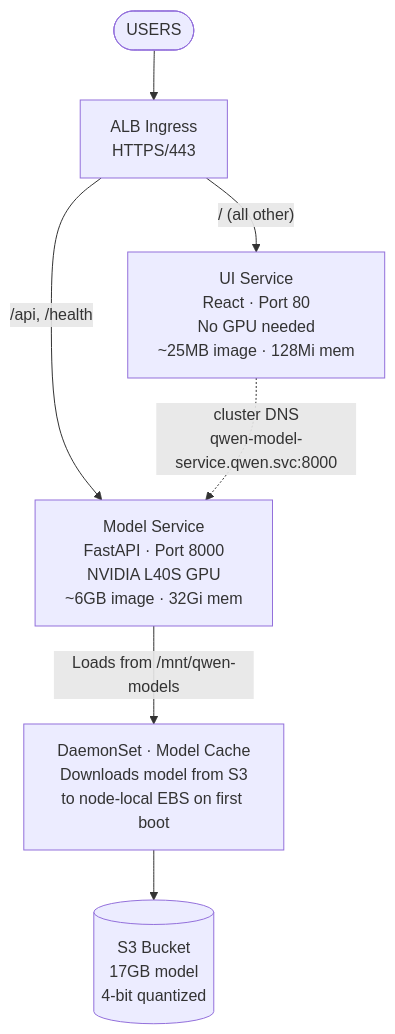
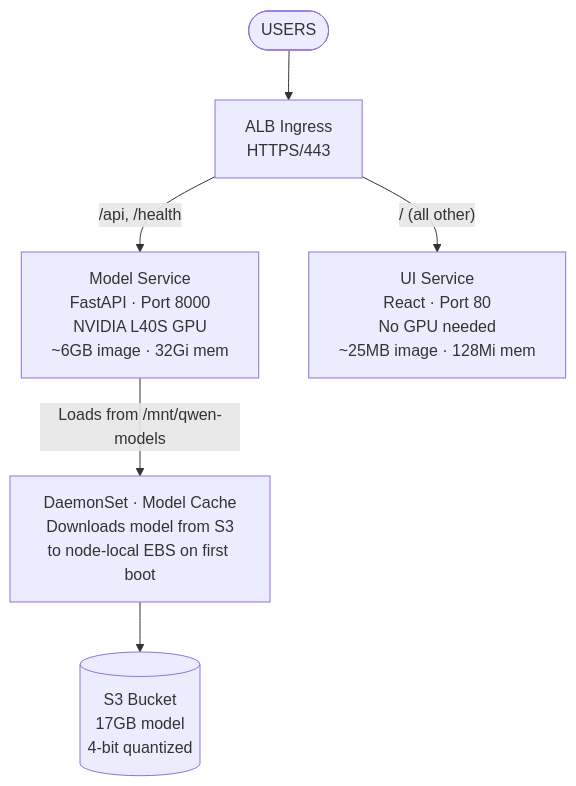
Before and after one commit to garystafford/qwen-image-edit-2511-eks-react: the first of 4 diagrams in README.md, drawn with Mermaid. The commit also changed other lines of this file and 1 other file, not shown here.

````diff
--- a/README.md
+++ b/README.md
@@ -10,13 +10,11 @@
 ```mermaid
 graph TD
     Users(["USERS"]) --> ALB["ALB Ingress<br/>HTTPS/443"]
 
     ALB -- "/api, /health" --> Model["Model Service<br/>FastAPI · Port 8000<br/>NVIDIA L40S GPU<br/>~6GB image · 32Gi mem"]
     ALB -- "/ (all other)" --> UI["UI Service<br/>React · Port 80<br/>No GPU needed<br/>~25MB image · 128Mi mem"]
 
-    UI -. "cluster DNS<br/>qwen-model-service.qwen.svc:8000" .-> Model
-
     Model -- "Loads from /mnt/qwen-models" --> DS["DaemonSet · Model Cache<br/>Downloads model from S3<br/>to node-local EBS on first boot"]
 
     DS --> S3[("S3 Bucket<br/>17GB model<br/>4-bit quantized")]
 ```
````
